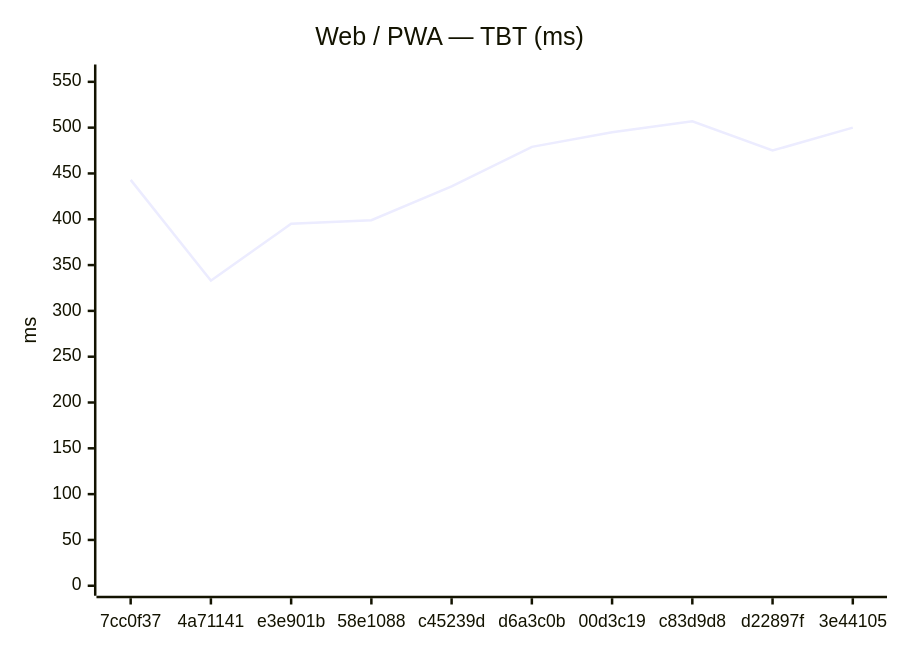
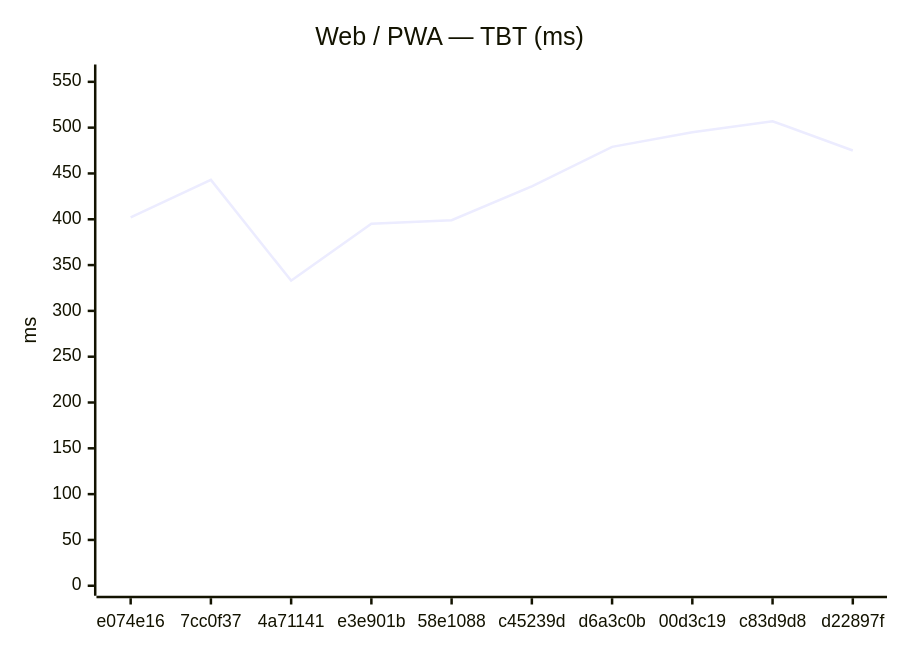
One commit to Metaheurist/Rianell changed the second of 18 diagrams in benchmarks/compare.md. Above: the diagram before and after it, drawn with Mermaid. The commit also changed other lines of this file and 11 other files, not shown here.

````diff
--- a/benchmarks/compare.md
+++ b/benchmarks/compare.md
@@ -31,7 +31,7 @@
 ```mermaid
 xychart-beta
     title "Web / PWA — TBT (ms)"
-    x-axis ["7cc0f37", "4a71141", "e3e901b", "58e1088", "c45239d", "d6a3c0b", "00d3c19", "c83d9d8", "d22897f", "3e44105"]
+    x-axis ["e074e16", "7cc0f37", "4a71141", "e3e901b", "58e1088", "c45239d", "d6a3c0b", "00d3c19", "c83d9d8", "d22897f"]
     y-axis "ms" 0 --> 558
-    line [443, 333, 395, 399, 436, 479, 495, 507, 475, 500]
+    line [402, 443, 333, 395, 399, 436, 479, 495, 507, 475]
 ```
````
